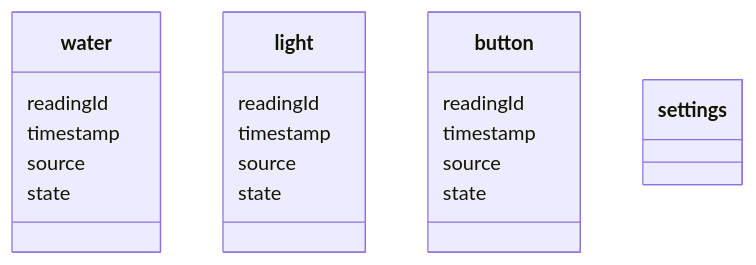
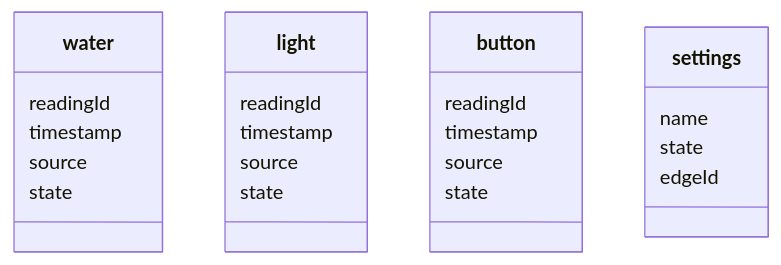
The third of 3 diagrams in README.md (jag3rm3ist3r/GroupAssignment), drawn with Mermaid before and after one commit. The commit also changed 1 other file, not shown here.

Commit message:
Water pumping rules and mqtt code added.

````diff
--- a/README.md
+++ b/README.md
@@ -88,22 +88,26 @@
 ```mermaid
 classDiagram
 class water {
     readingId
     timestamp
     source
     state
 }
 class light {
     readingId
     timestamp
     source
     state
 }
 class button {
     readingId
     timestamp
     source
     state
 }
-class settings
+class settings {
+    name
+    state
+    edgeId
+}
 ```
````
